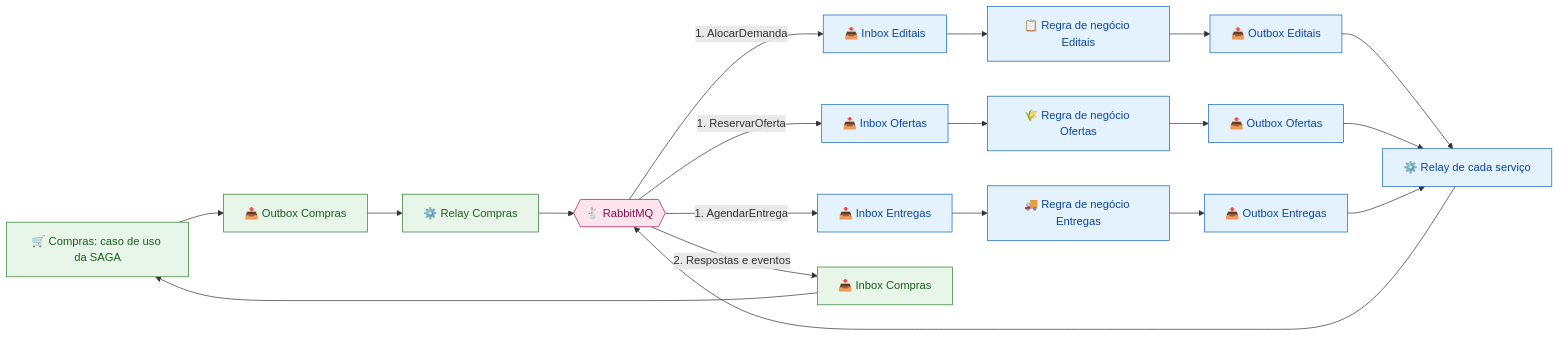
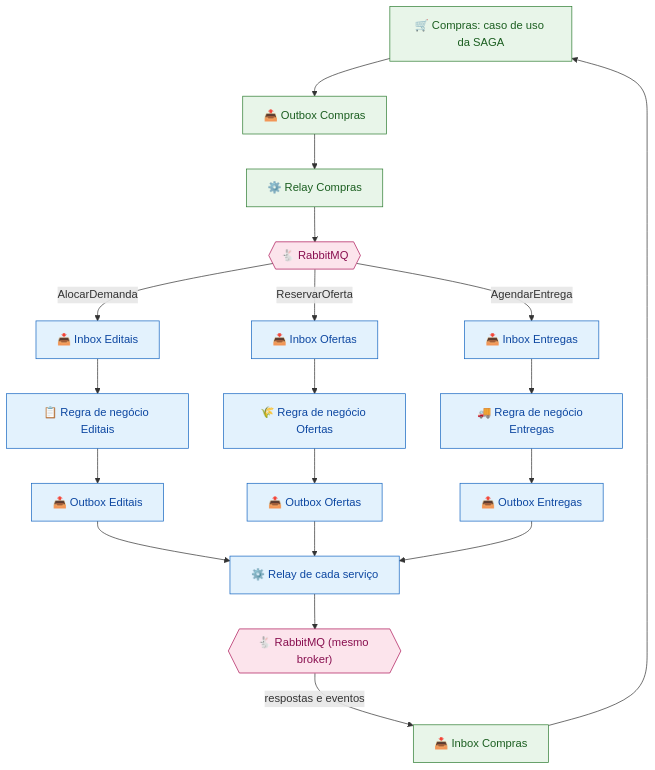
One commit to camidebem/CampoConecta changed the fourth of 4 diagrams in docs/parte2/01-servicos.md. Above: the diagram before and after it, drawn with Mermaid. The commit also changed other lines of this file, not shown here.

Commit message:
docs: ajusta rotulos e layout dos diagramas

````diff
--- a/docs/parte2/01-servicos.md
+++ b/docs/parte2/01-servicos.md
@@ -329,28 +331,28 @@
 ```mermaid
-flowchart LR
+flowchart TD
     A["🛒 Compras: caso de uso da SAGA"] --> B["📤 Outbox Compras"]
     B --> C["⚙️ Relay Compras"]
     C --> MQ{{"🐇 RabbitMQ"}}
-    MQ -->|"1. AlocarDemanda"| E["📥 Inbox Editais"]
-    MQ -->|"1. ReservarOferta"| F["📥 Inbox Ofertas"]
-    MQ -->|"1. AgendarEntrega"| G["📥 Inbox Entregas"]
+    MQ -->|"AlocarDemanda"| E["📥 Inbox Editais"]
+    MQ -->|"ReservarOferta"| F["📥 Inbox Ofertas"]
+    MQ -->|"AgendarEntrega"| G["📥 Inbox Entregas"]
     E --> H["📋 Regra de negócio Editais"]
     F --> I["🌾 Regra de negócio Ofertas"]
     G --> J["🚚 Regra de negócio Entregas"]
     H --> K["📤 Outbox Editais"]
     I --> L["📤 Outbox Ofertas"]
     J --> N["📤 Outbox Entregas"]
     K --> R["⚙️ Relay de cada serviço"]
     L --> R
     N --> R
-    R --> MQ
-    MQ -->|"2. Respostas e eventos"| P["📥 Inbox Compras"]
+    R --> MQ2{{"🐇 RabbitMQ (mesmo broker)"}}
+    MQ2 -->|"respostas e eventos"| P["📥 Inbox Compras"]
     P --> A
 
     classDef orq fill:#e8f5e9,stroke:#2e7d32,color:#1b5e20
     classDef parte fill:#e3f2fd,stroke:#1565c0,color:#0d47a1
     classDef broker fill:#fce4ec,stroke:#ad1457,color:#880e4f
     class A,B,C,P orq
     class E,F,G,H,I,J,K,L,N,R parte
-    class MQ broker
+    class MQ,MQ2 broker
 ```
````
